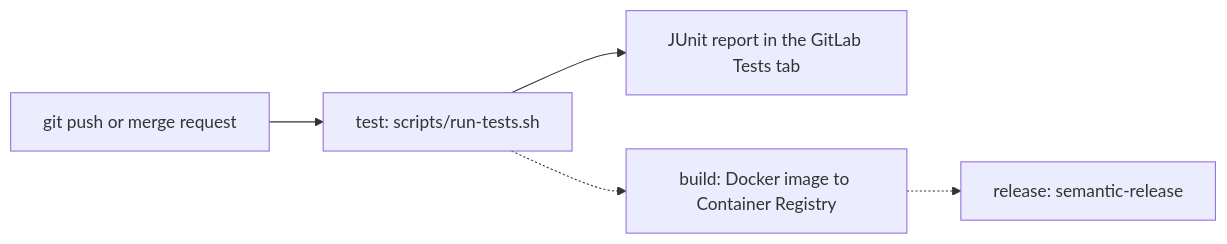
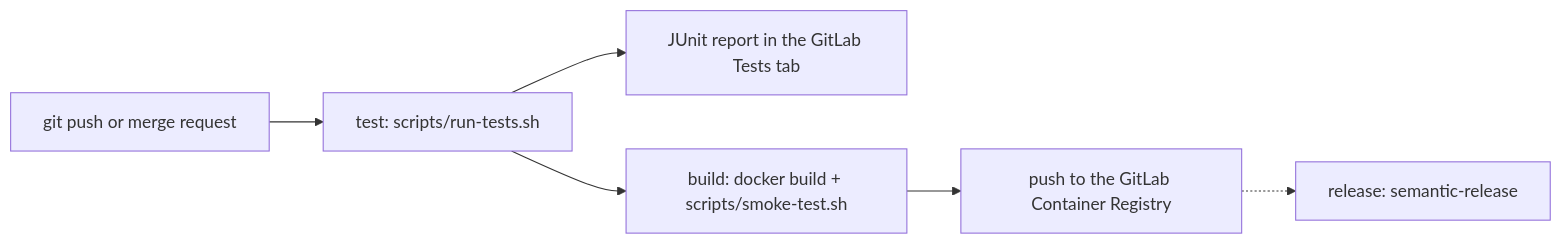
Before and after one commit to yohanbouchet/web-device-34-api: the diagram in README.md, drawn with Mermaid. The commit also changed other lines of this file, not shown here.

Commit message:
docs(readme): documente le stage build et les différences entre local et CI

````diff
--- a/README.md
+++ b/README.md
@@ -131,7 +131,8 @@
 ```mermaid
 flowchart LR
   A[git push or merge request] --> B[test: scripts/run-tests.sh]
   B --> C[JUnit report in the GitLab Tests tab]
-  B -.-> D[build: Docker image to Container Registry]
-  D -.-> E[release: semantic-release]
+  B --> D[build: docker build + scripts/smoke-test.sh]
+  D --> E[push to the GitLab Container Registry]
+  E -.-> F[release: semantic-release]
 ```
````
